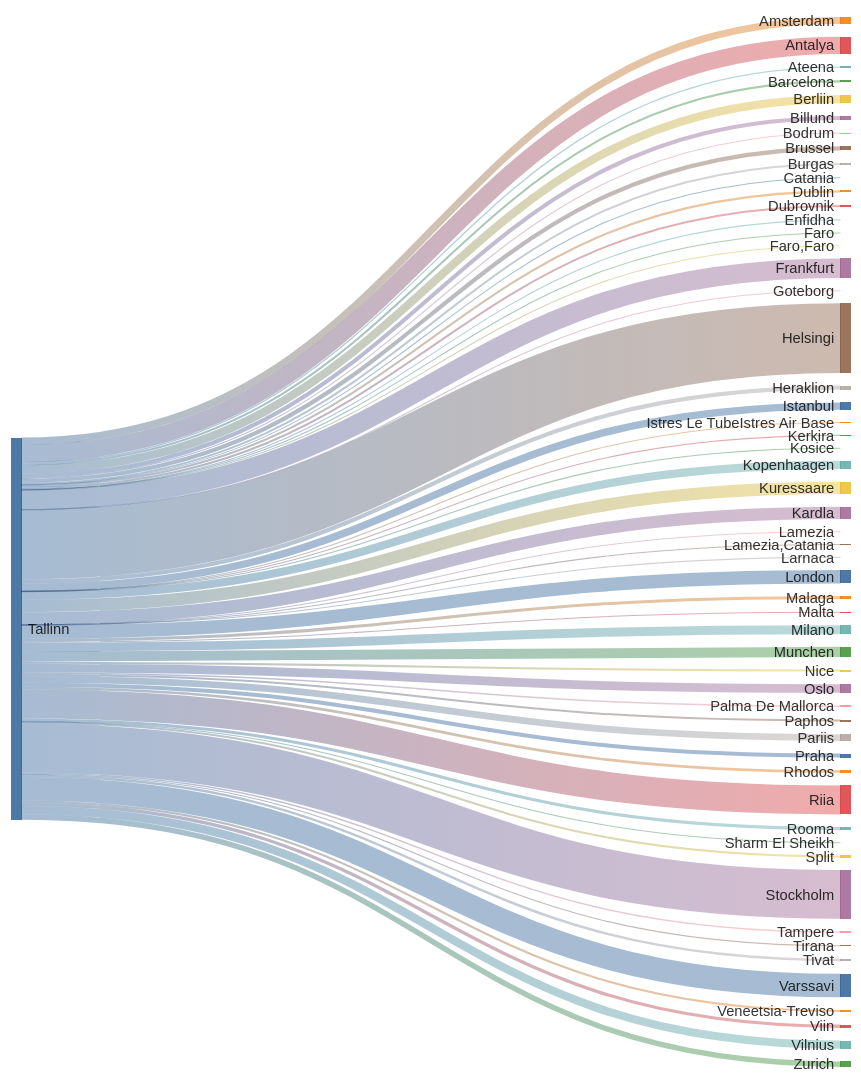
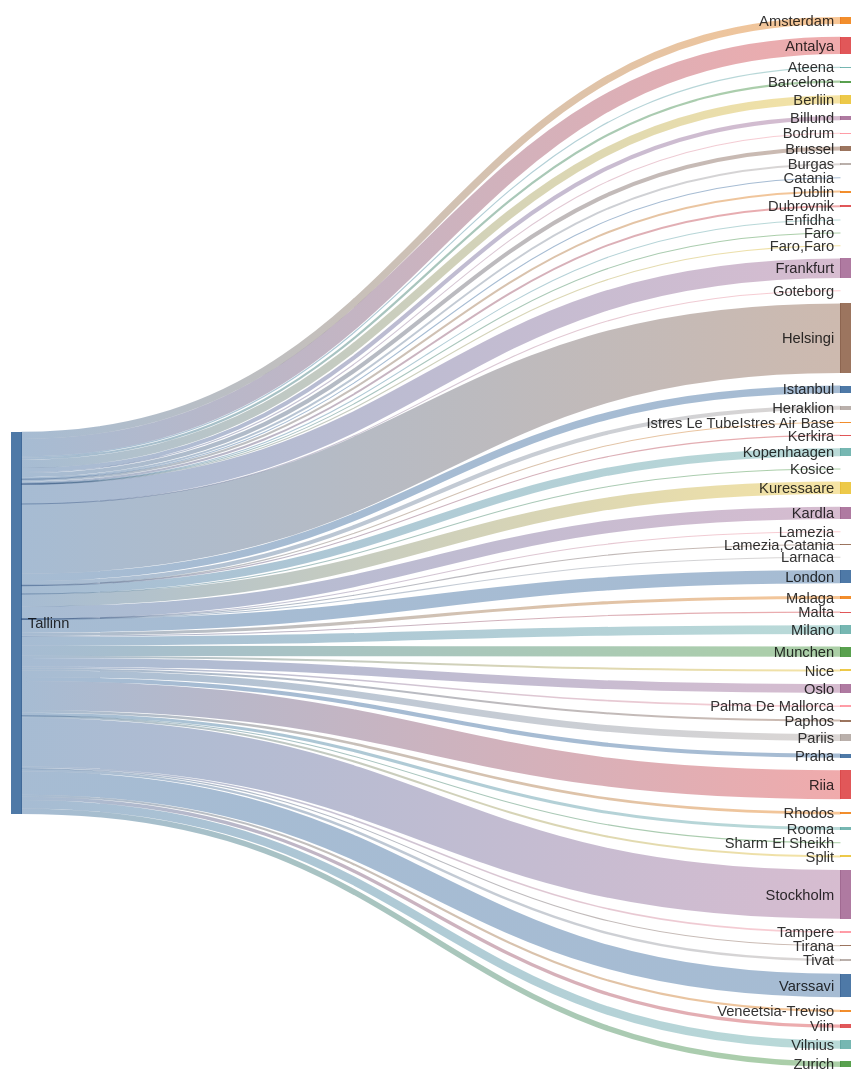
The second of 2 diagrams in README.md (rainermesi/tll-airport-departures), drawn with Mermaid before and after one commit. The commit also changed other lines of this file, not shown here.

````diff
--- a/README.md
+++ b/README.md
@@ -34,67 +34,67 @@
 ```mermaid
 ---
 config:
   sankey:
     showValues: false
     width: 800
     height: 1000
 ---
 sankey-beta
 %% source,target,value
-Tallinn,Amsterdam,76
-Tallinn,Antalya,181
+Tallinn,Amsterdam,77
+Tallinn,Antalya,186
 Tallinn,Ateena,13
-Tallinn,Barcelona,22
-Tallinn,Berliin,87
-Tallinn,Billund,43
+Tallinn,Barcelona,23
+Tallinn,Berliin,88
+Tallinn,Billund,44
 Tallinn,Bodrum,11
 Tallinn,Brussel,44
 Tallinn,Burgas,21
 Tallinn,Catania,2
 Tallinn,Dublin,22
 Tallinn,Dubrovnik,21
 Tallinn,Enfidha,5
 Tallinn,Faro,4
 Tallinn,"Faro,Faro",1
-Tallinn,Frankfurt,207
+Tallinn,Frankfurt,210
 Tallinn,Goteborg,1
-Tallinn,Helsingi,734
+Tallinn,Helsingi,744
 Tallinn,Heraklion,44
-Tallinn,Istanbul,78
+Tallinn,Istanbul,80
 Tallinn,Istres Le TubeIstres Air Base,2
 Tallinn,Kerkira,4
-Tallinn,Kopenhaagen,86
+Tallinn,Kopenhaagen,87
 Tallinn,Kosice,1
-Tallinn,Kuressaare,131
-Tallinn,Kardla,131
+Tallinn,Kuressaare,133
+Tallinn,Kardla,133
 Tallinn,Lamezia,1
 Tallinn,"Lamezia,Catania",3
 Tallinn,Larnaca,2
-Tallinn,London,141
-Tallinn,Malaga,32
+Tallinn,London,142
+Tallinn,Malaga,33
 Tallinn,Malta,11
-Tallinn,Milano,93
-Tallinn,Munchen,107
+Tallinn,Milano,94
+Tallinn,Munchen,109
 Tallinn,Nice,22
-Tallinn,Oslo,91
-Tallinn,Palma De Mallorca,16
-Tallinn,Paphos,21
-Tallinn,Pariis,71
-Tallinn,Praha,43
+Tallinn,Oslo,93
+Tallinn,Palma De Mallorca,17
+Tallinn,Paphos,22
+Tallinn,Pariis,72
+Tallinn,Praha,44
 Tallinn,Rhodos,28
-Tallinn,Riia,305
+Tallinn,Riia,309
 Tallinn,Rooma,33
 Tallinn,Sharm El Sheikh,1
 Tallinn,Split,22
-Tallinn,Stockholm,513
-Tallinn,Tampere,15
+Tallinn,Stockholm,521
+Tallinn,Tampere,16
 Tallinn,Tirana,8
 Tallinn,Tivat,26
-Tallinn,Varssavi,247
+Tallinn,Varssavi,250
 Tallinn,Veneetsia-Treviso,22
-Tallinn,Viin,35
-Tallinn,Vilnius,87
-Tallinn,Zurich,58
+Tallinn,Viin,36
+Tallinn,Vilnius,89
+Tallinn,Zurich,59
 
 
 ```
````
